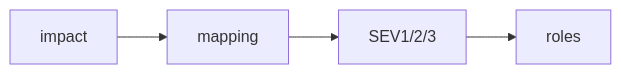
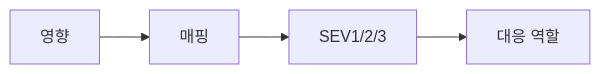
Before and after one commit to yeongseon-books/book-content: the diagram in content/incident-response-101/ko/02-severity.md, drawn with Mermaid. The commit also changed other lines of this file and 5 other files, not shown here.

````diff
--- a/content/incident-response-101/ko/02-severity.md
+++ b/content/incident-response-101/ko/02-severity.md
@@ -33,6 +57,6 @@
 ```mermaid
 flowchart LR
-    Impact["impact"] --> Map["mapping"]
+    Impact["영향"] --> Map["매핑"]
     Map --> SEV["SEV1/2/3"]
-    SEV --> Roles["roles"]
+    SEV --> Roles["대응 역할"]
 ```
````
